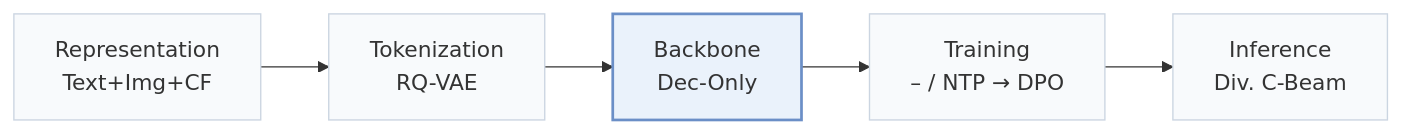
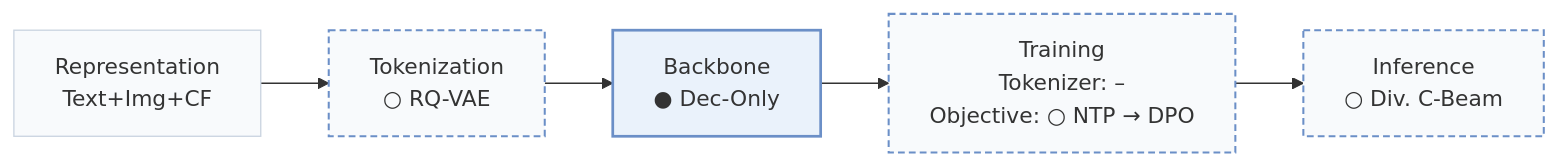
One commit to Galaxy-ghost/Awesome-SID-Generative-Rec changed the first of 2 diagrams in pages/papers/pinger.md. Above: the diagram before and after it, drawn with Mermaid. The commit also changed other lines of this file and 558 other files, not shown here.

````diff
--- a/pages/papers/pinger.md
+++ b/pages/papers/pinger.md
@@ -15,8 +18,10 @@
 ```mermaid
 flowchart LR
-    R["Representation<br/>Text+Img+CF"] --> T["Tokenization<br/>RQ-VAE"] --> B["Backbone<br/>Dec-Only"] --> TR["Training<br/>– / NTP → DPO"] --> I["Inference<br/>Div. C-Beam"]
+    R["Representation<br/>Text+Img+CF"] --> T["Tokenization<br/>○ RQ-VAE"] --> B["Backbone<br/>● Dec-Only"] --> TR["Training<br/>Tokenizer: –<br/>Objective: ○ NTP → DPO"] --> I["Inference<br/>○ Div. C-Beam"]
     classDef base fill:#f8fafc,stroke:#cbd5e1
     class R,T,B,TR,I base
+    classDef other fill:#f8fafc,stroke:#6b8fc7,stroke-width:1.5px,stroke-dasharray:5 3
+    class T,TR,I other
     classDef main fill:#eaf2fb,stroke:#6b8fc7,stroke-width:2px
     class B main
 ```
````
